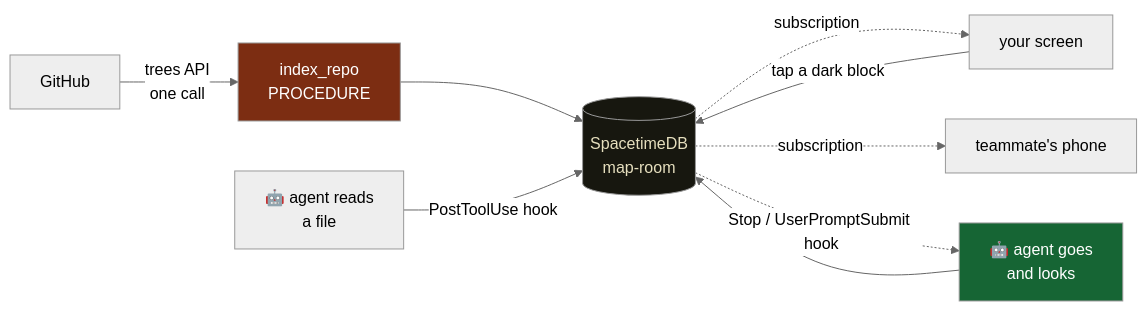
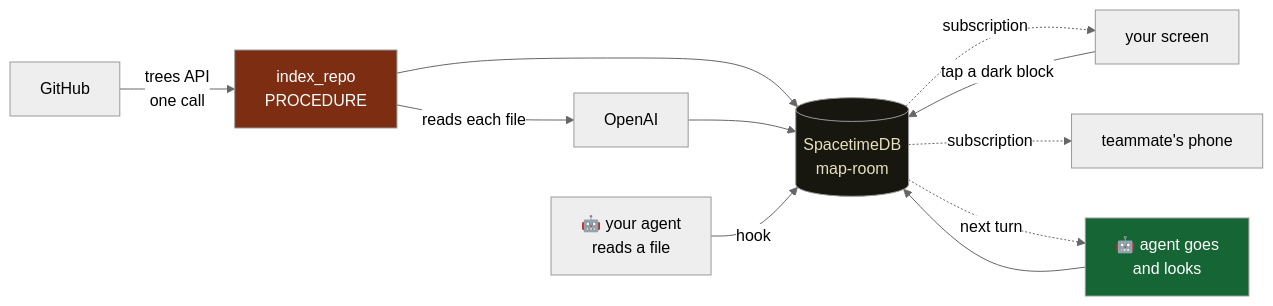
One commit to Piyush-sahoo/spacetime-hacks changed the first of 2 diagrams in README.md. Above: the diagram before and after it, drawn with Mermaid (neutral theme). The commit also changed other lines of this file and 1 other file, not shown here.

````diff
--- a/README.md
+++ b/README.md
@@ -46,18 +69,20 @@
 ```mermaid
 flowchart LR
     GH["GitHub"] -->|"trees API<br/>one call"| PROC["index_repo<br/>PROCEDURE"]
     PROC --> DB[("SpacetimeDB<br/>map-room")]
+    PROC -->|"reads each file"| LLM["OpenAI"]
+    LLM --> DB
 
-    AG["🤖 agent reads<br/>a file"] -->|"PostToolUse hook"| DB
+    AG["🤖 your agent<br/>reads a file"] -->|"hook"| DB
 
     DB -.->|"subscription"| S1["your screen"]
     DB -.->|"subscription"| S2["teammate's phone"]
 
     S1 -->|"tap a dark block"| DB
-    DB -.->|"Stop / UserPromptSubmit hook"| AG2["🤖 agent goes<br/>and looks"]
+    DB -.->|"next turn"| AG2["🤖 agent goes<br/>and looks"]
     AG2 --> DB
 
     style DB fill:#17170F,color:#E6DFBE
     style PROC fill:#7c2d12,color:#fff
     style AG2 fill:#166534,color:#fff
 ```
````
